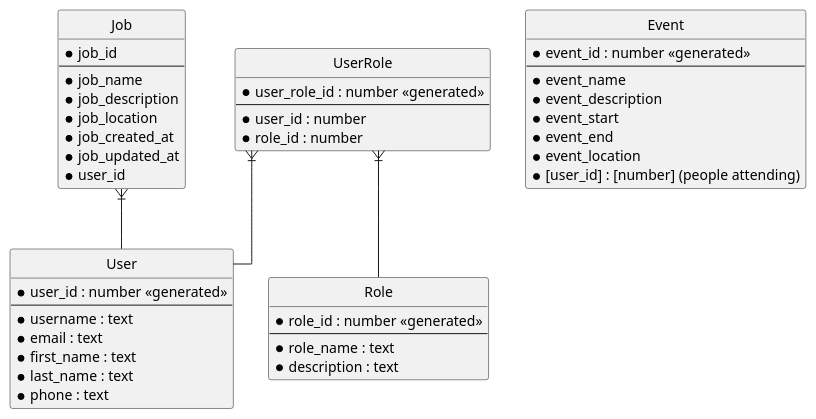
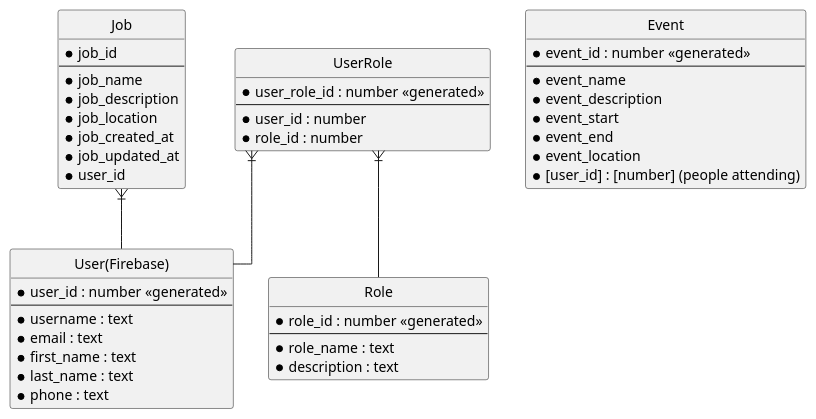
One commit to csegsa/official-portal changed the diagram in documentation/DBSchema.puml. Above: the diagram before and after it, drawn with PlantUML. The commit also changed 7 other files, not shown here.

```diff
--- a/documentation/DBSchema.puml
+++ b/documentation/DBSchema.puml
@@ -1,61 +1,61 @@
 @startuml
 
 ' hide the spot
 hide circle
 
 ' avoid problems with angled crows feet
 skinparam linetype ortho
 
-entity "User" as user {
+entity "User(Firebase)" as user {
   *user_id : number <<generated>>
   --
   *username : text
   *email : text
   *first_name : text
   *last_name : text
   *phone : text
 }
 
 entity "Role" as role {
   *role_id : number <<generated>>
   --
   *role_name : text
   *description : text
 }
 
 
 entity "UserRole" as user_role {
   *user_role_id : number <<generated>>
   --
   *user_id : number
   *role_id : number
 }
 
 entity "Event" as event {
   *event_id : number <<generated>>
   --
   *event_name
   *event_description
   *event_start
   *event_end
   *event_location
   *[user_id] : [number] (people attending)
   }
 
 entity "Job" as job {
   *job_id
   --
   *job_name
   *job_description
   *job_location
   *job_created_at
   *job_updated_at
   *user_id
   }
 
 user_role }|-- user
 user_role }|-- role
 
 job }|-- user
 
 @enduml
```
